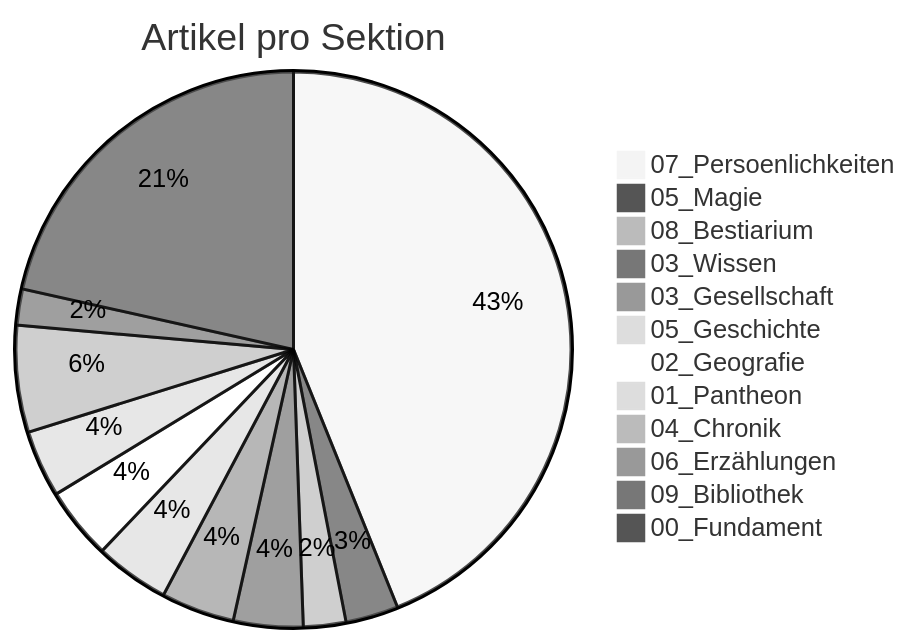
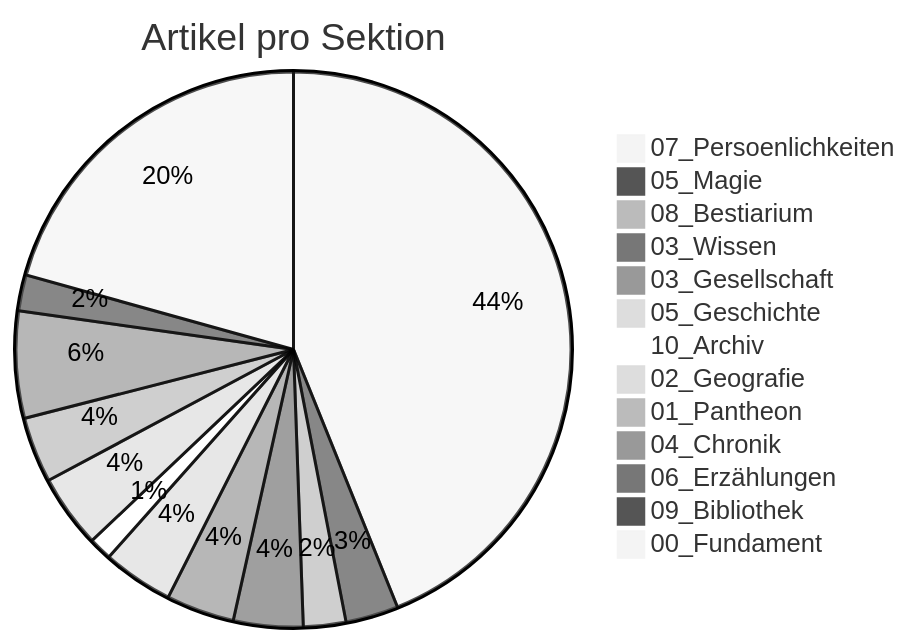
One commit to Siebenwind/7w_wiki changed the diagram in Siebenwind_Wiki/10_Archiv/Wiki_Statistiken.md. Above: the diagram before and after it, drawn with Mermaid (neutral theme). The commit also changed other lines of this file and 6 other files, not shown here.

````diff
--- a/Siebenwind_Wiki/10_Archiv/Wiki_Statistiken.md
+++ b/Siebenwind_Wiki/10_Archiv/Wiki_Statistiken.md
@@ -40,15 +40,16 @@
 ```mermaid
 pie title Artikel pro Sektion
     "07_Persoenlichkeiten" : 586
     "05_Magie" : 41
     "08_Bestiarium" : 33
     "03_Wissen" : 54
-    "03_Gesellschaft" : 57
-    "05_Geschichte" : 58
-    "02_Geografie" : 56
-    "01_Pantheon" : 52
+    "03_Gesellschaft" : 53
+    "05_Geschichte" : 55
+    "10_Archiv" : 18
+    "02_Geografie" : 57
+    "01_Pantheon" : 51
     "04_Chronik" : 83
-    "06_Erzählungen" : 13
+    "06_Erzählungen" : 12
     "09_Bibliothek" : 28
-    "00_Fundament" : 287
+    "00_Fundament" : 276
 ```
````
